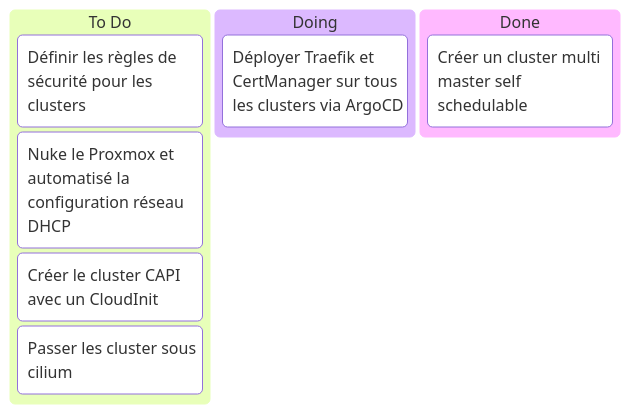
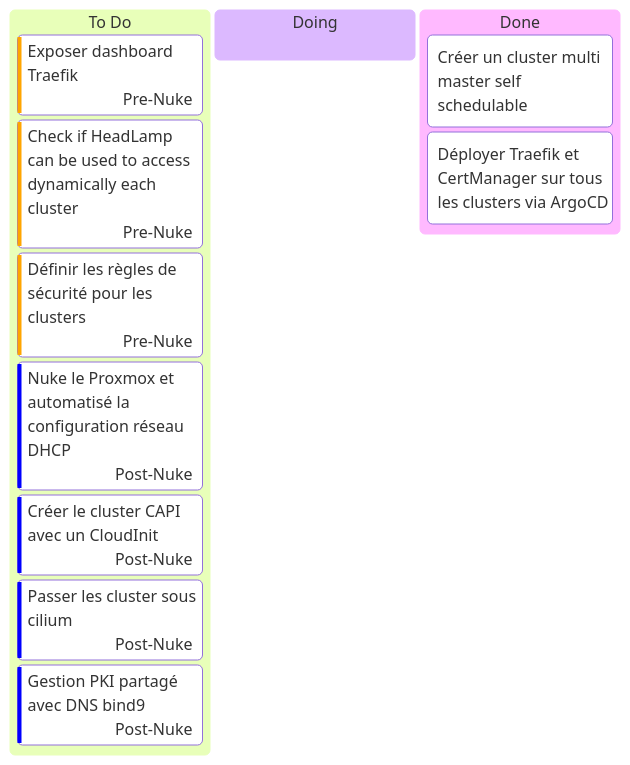
One commit to batleforc/weebo-si changed the diagram in docs/0.introduction/kanban.md. Above: the diagram before and after it, drawn with Mermaid. The commit also changed other lines of this file and 2 other files, not shown here.

Commit message:
feat: update stream 15 mars

````diff
--- a/docs/0.introduction/kanban.md
+++ b/docs/0.introduction/kanban.md
@@ -3,12 +3,21 @@
 ```mermaid
+---
+config:
+  kanban:
+    ticketBaseUrl: 'https://github.com/batleforc/weebo-si/issue/#TICKET#'
+---
+
 kanban
   todo[To Do]
-    us3[Définir les règles de sécurité pour les clusters]
-    us4[Nuke le Proxmox et automatisé la configuration réseau DHCP]
-    us5[Créer le cluster CAPI avec un CloudInit]
-    us6[Passer les cluster sous cilium]
+    us7[Exposer dashboard Traefik]@{ assigned: Pre-Nuke, priority: 'High'}
+    use8[Check if HeadLamp can be used to access dynamically each cluster]@{ assigned: Pre-Nuke, priority: 'High'}
+    us3[Définir les règles de sécurité pour les clusters]@{ assigned: Pre-Nuke, priority: 'High'}
+    us4[Nuke le Proxmox et automatisé la configuration réseau DHCP]@{ assigned: Post-Nuke, priority: 'Low'}
+    us5[Créer le cluster CAPI avec un CloudInit]@{ assigned: Post-Nuke, priority: 'Low'}
+    us6[Passer les cluster sous cilium]@{ assigned: Post-Nuke, priority: 'Low'}
+    us7[Gestion PKI partagé avec DNS bind9]@{ assigned: Post-Nuke, priority: 'Low'}
   doing[Doing]
-    us2[Déployer Traefik et CertManager sur tous les clusters via ArgoCD]
   done[Done]
     us1[Créer un cluster multi master self schedulable]
+    us2[Déployer Traefik et CertManager sur tous les clusters via ArgoCD]
 ```
````
